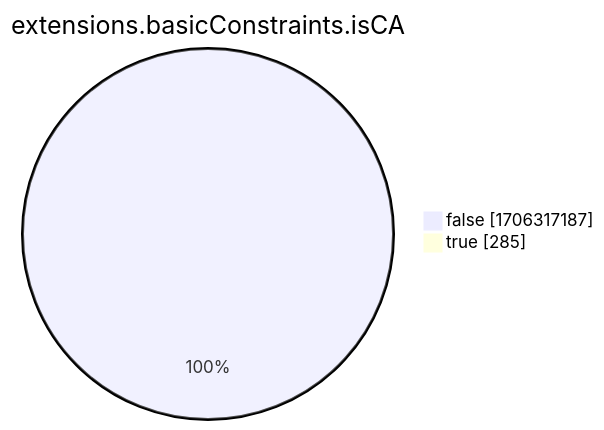
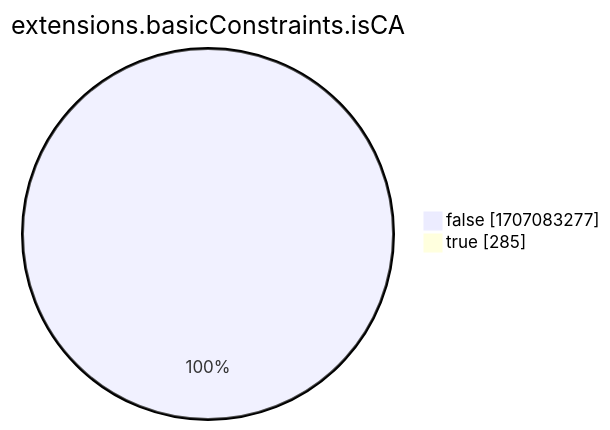
One commit to christiankrug/ctmonitor_visualization changed the eighth of 15 diagrams in xenon2022/README.md. Above: the diagram before and after it, drawn with Mermaid. The commit also changed other lines of this file, not shown here.

````diff
--- a/xenon2022/README.md
+++ b/xenon2022/README.md
@@ -2865,6 +2865,6 @@
 ```mermaid
 pie showData
 title extensions.basicConstraints.isCA
-"false" :1706317187
+"false" :1707083277
 "true" :285
 ```
````
